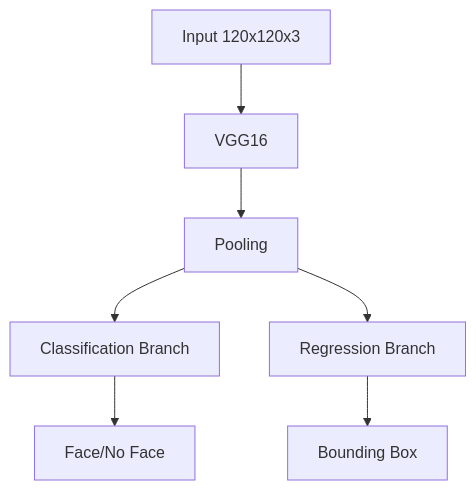
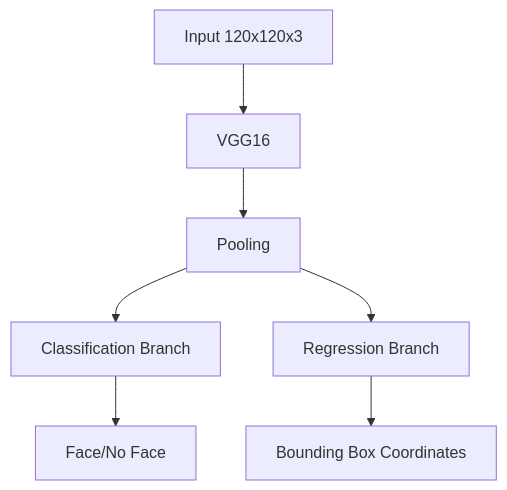
Before and after one commit to yajur-khanna/face-detection: the diagram in README.md, drawn with Mermaid.

````diff
--- a/README.md
+++ b/README.md
@@ -20,9 +20,9 @@
 ```mermaid
 graph TD
     A[Input 120x120x3] --> B[VGG16]
     B --> C[Pooling]
     C --> D[Classification Branch]
     C --> E[Regression Branch]
     D --> F[Face/No Face]
-    E --> G[Bounding Box]
+    E --> G[Bounding Box Coordinates]
 ```
````
